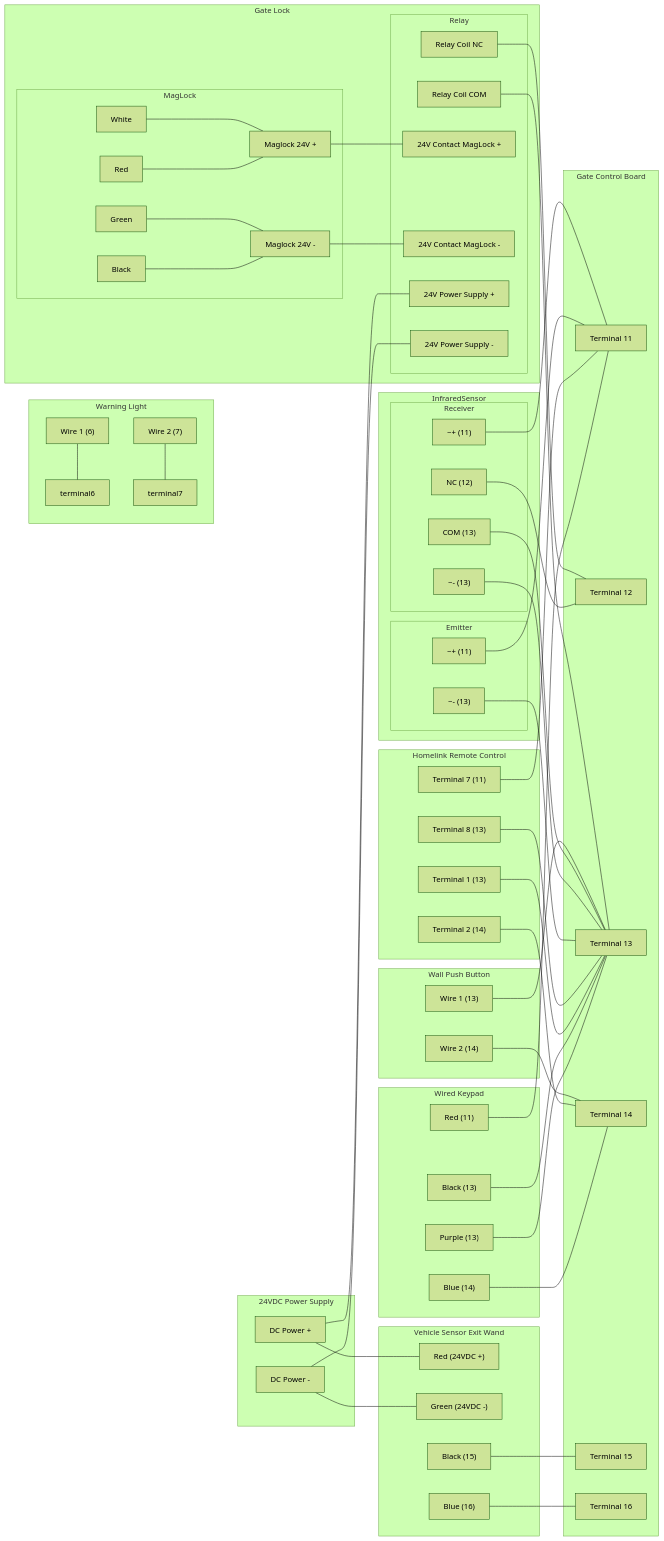
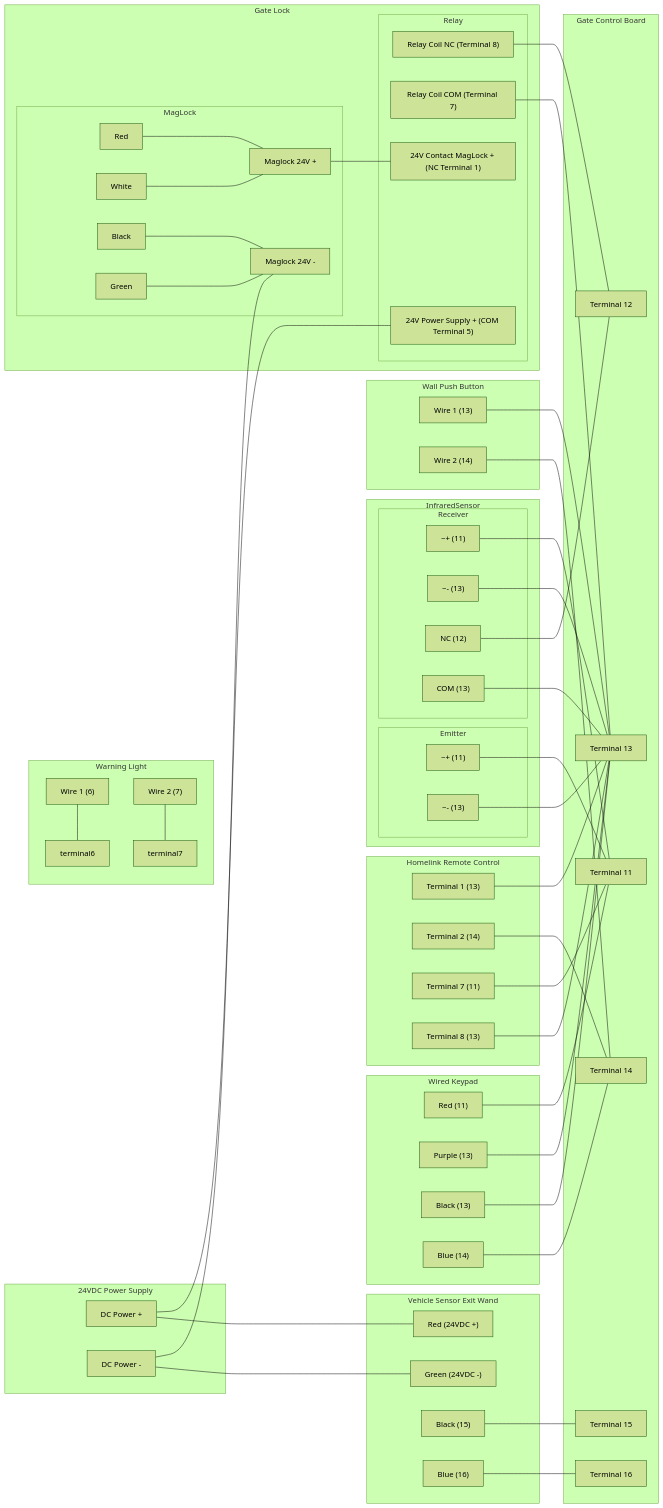
The diagram in WiringDiagram.md (iamfonz/DrivewayGate), drawn with Mermaid (forest theme) before and after one commit.

Commit message:
update wiring diagram -relay

````diff
--- a/WiringDiagram.md
+++ b/WiringDiagram.md
@@ -126,20 +126,17 @@
 
     subgraph magRelay [Relay]
 
-        relayCoilNC["Relay Coil NC"]---terminal12
-        relayCoilCOM["Relay Coil COM"]---terminal13
+        relayCoilNC["Relay Coil NC (Terminal 8)"]---terminal12
+        relayCoilCOM["Relay Coil COM (Terminal 7)"]---terminal13
 
-        relayContactMagLockPos["24V Contact MagLock +"]
-        relayContactMagLockNeg["24V Contact MagLock -"]
-
-        relayContactPowerPos["24V Power Supply +"]
-        relayContactPowerNeg["24V Power Supply -"]
+        relayContactMagLockPos["24V Contact MagLock + (NC Terminal 1)"]
+        relayContactPowerPos["24V Power Supply + (COM Terminal 5)"]
     end
 
     subgraph maglock [MagLock]
 
         maglock24VPos["Maglock 24V +"]---relayContactMagLockPos
-        maglock24VNeg["Maglock 24V -"]---relayContactMagLockNeg
+        maglock24VNeg["Maglock 24V -"]
 
         magLockRed["Red"]---maglock24VPos
         magLockWhite["White"]---maglock24VPos
@@ -163,10 +160,10 @@
     dcPowerNegative["DC Power -"]
 
     dcPowerPositive---relayContactPowerPos
-    dcPowerNegative---relayContactPowerNeg
-
+    dcPowerNegative---maglock24VNeg
     
     dcPowerPositive---vehRed
     dcPowerNegative---vehGreen
+
 end
 ```
````
